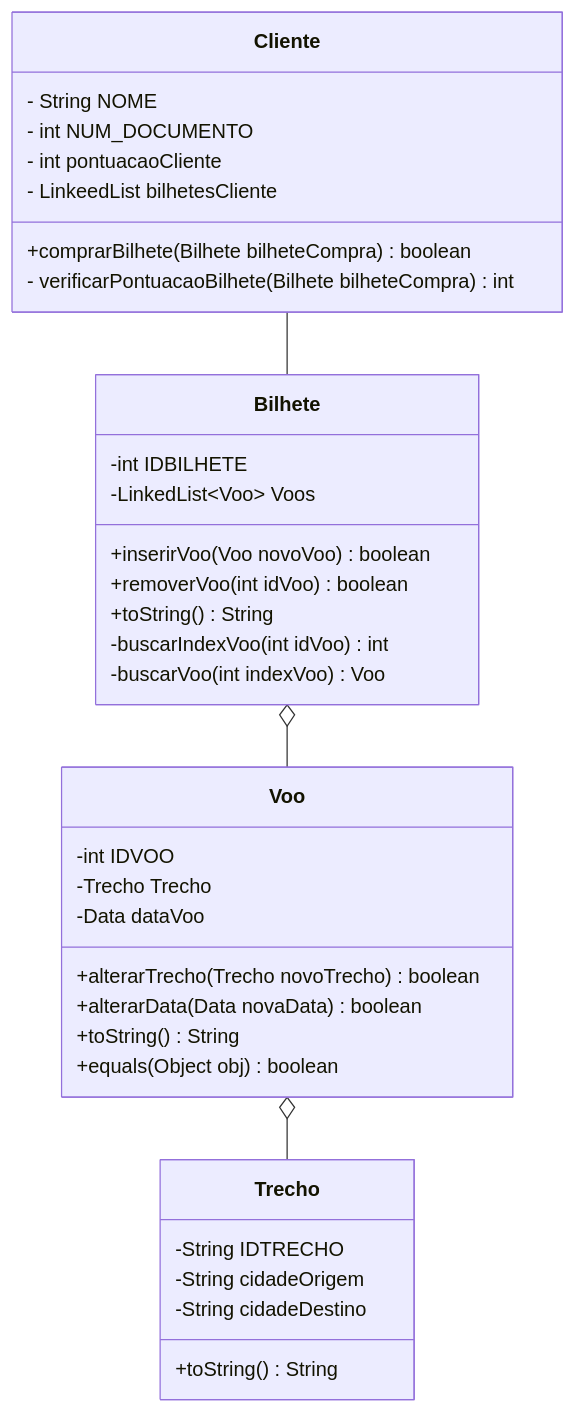
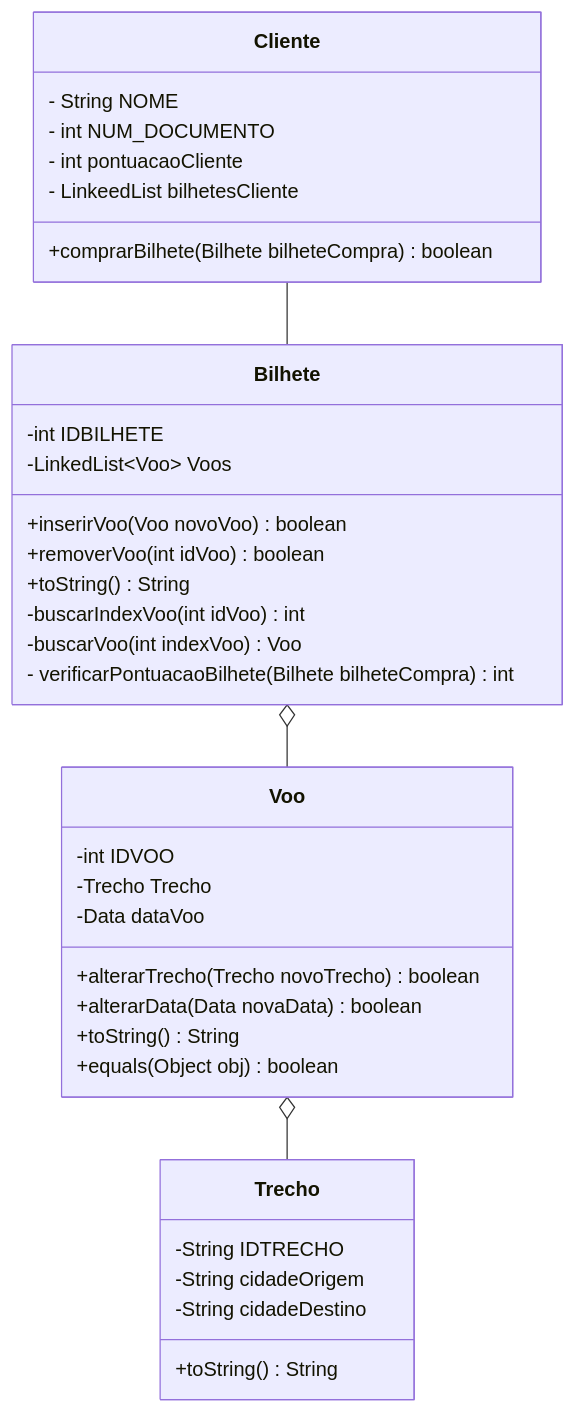
One commit to DisciplinasProgramacao/tp_em_grupo-grupododiogo changed the diagram in README.md. Above: the diagram before and after it, drawn with Mermaid.

Commit message:
Alteração Diagramas mermaid
Alteração método  - verificarPontuacaoBilhete()  da classe "Cliente" --> "Bilhete"

````diff
--- a/README.md
+++ b/README.md
@@ -78,42 +78,42 @@
 ```mermaid
 classDiagram
 class Bilhete {
  -int IDBILHETE
  -LinkedList~Voo~ Voos
  +inserirVoo(Voo novoVoo) boolean
  +removerVoo(int idVoo) boolean
  +toString() String
  -buscarIndexVoo(int idVoo) int
  -buscarVoo(int indexVoo) Voo
+ - verificarPontuacaoBilhete(Bilhete bilheteCompra) int
 }
 
 class Voo {
  -int IDVOO
  -Trecho Trecho
  -Data dataVoo
  +alterarTrecho(Trecho novoTrecho) boolean
  +alterarData(Data novaData) boolean
  +toString() String
  +equals(Object obj) boolean
 }
 
 class Trecho {
  -String IDTRECHO
  -String cidadeOrigem
  -String cidadeDestino
  +toString() String
 }
 
 class Cliente {
 - String NOME
 - int NUM_DOCUMENTO
 - int pontuacaoCliente
 - LinkeedList<Bilhete> bilhetesCliente
 +comprarBilhete(Bilhete bilheteCompra) boolean
-- verificarPontuacaoBilhete(Bilhete bilheteCompra) int
 }
 Cliente -- Bilhete
 Bilhete o-- Voo
 Voo o-- Trecho
 end
 ```
````
